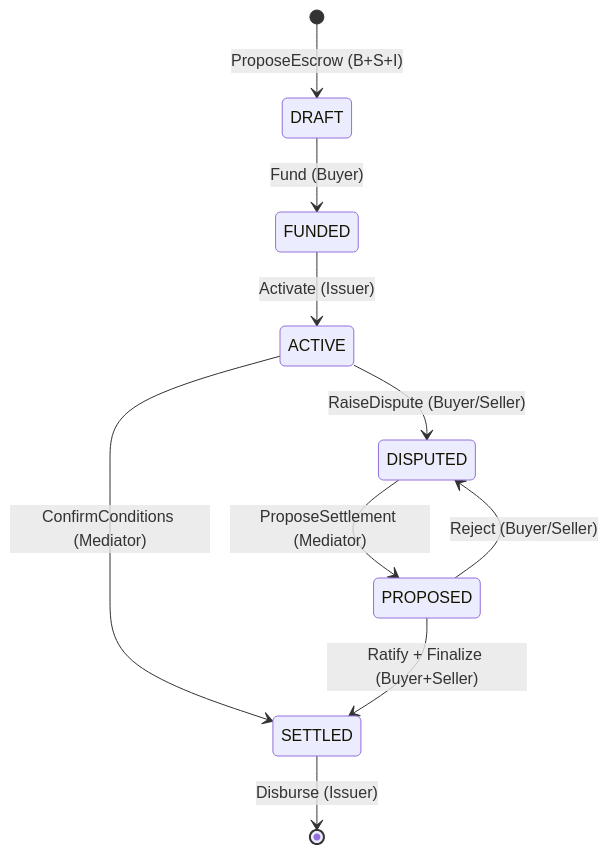
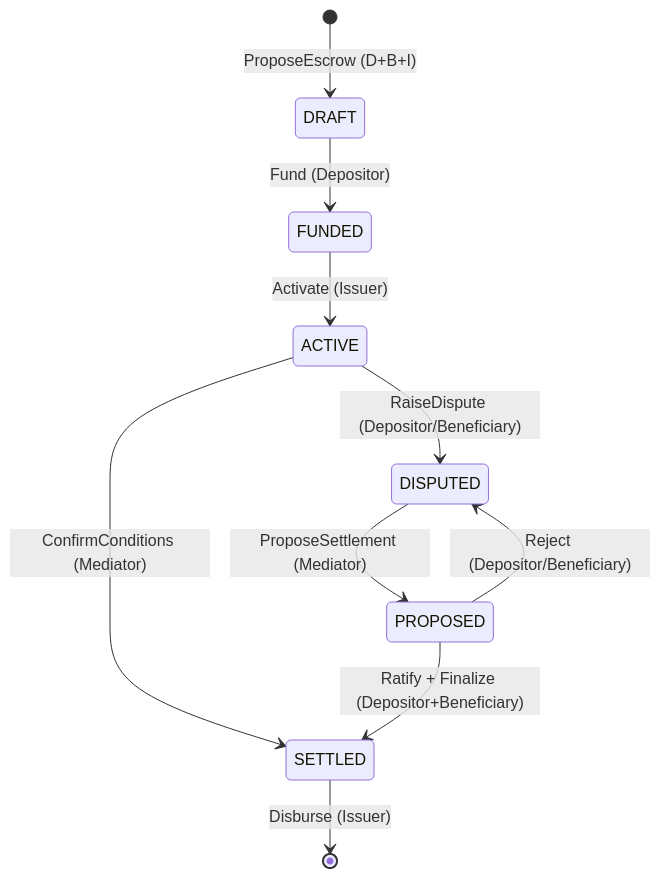
Before and after one commit to dhushon/daml-escrow: the second of 2 diagrams in README.md, drawn with Mermaid. The commit also changed other lines of this file and 70 other files, not shown here.

````diff
--- a/README.md
+++ b/README.md
@@ -57,12 +57,12 @@
 ```mermaid
 stateDiagram-v2
-    [*] --> DRAFT: ProposeEscrow (B+S+I)
-    DRAFT --> FUNDED: Fund (Buyer)
+    [*] --> DRAFT: ProposeEscrow (D+B+I)
+    DRAFT --> FUNDED: Fund (Depositor)
     FUNDED --> ACTIVE: Activate (Issuer)
     ACTIVE --> SETTLED: ConfirmConditions (Mediator)
-    ACTIVE --> DISPUTED: RaiseDispute (Buyer/Seller)
+    ACTIVE --> DISPUTED: RaiseDispute (Depositor/Beneficiary)
     DISPUTED --> PROPOSED: ProposeSettlement (Mediator)
-    PROPOSED --> DISPUTED: Reject (Buyer/Seller)
-    PROPOSED --> SETTLED: Ratify + Finalize (Buyer+Seller)
+    PROPOSED --> DISPUTED: Reject (Depositor/Beneficiary)
+    PROPOSED --> SETTLED: Ratify + Finalize (Depositor+Beneficiary)
     SETTLED --> [*]: Disburse (Issuer)
 ```
````
